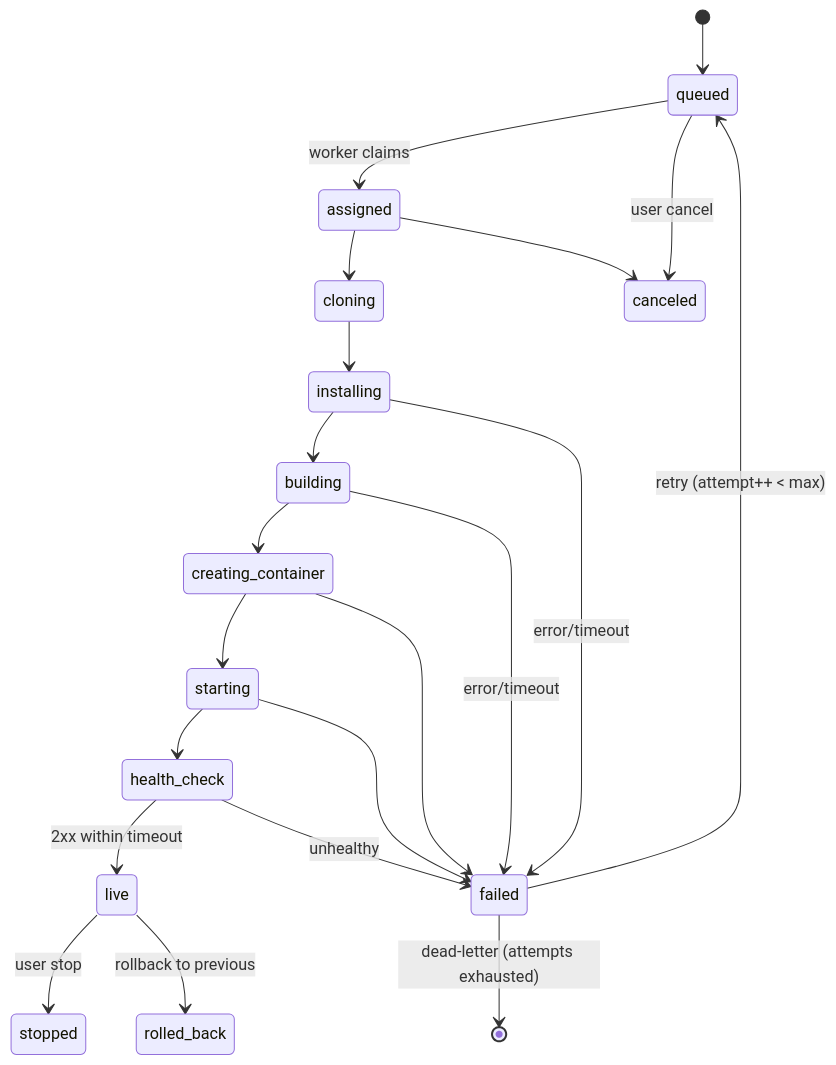
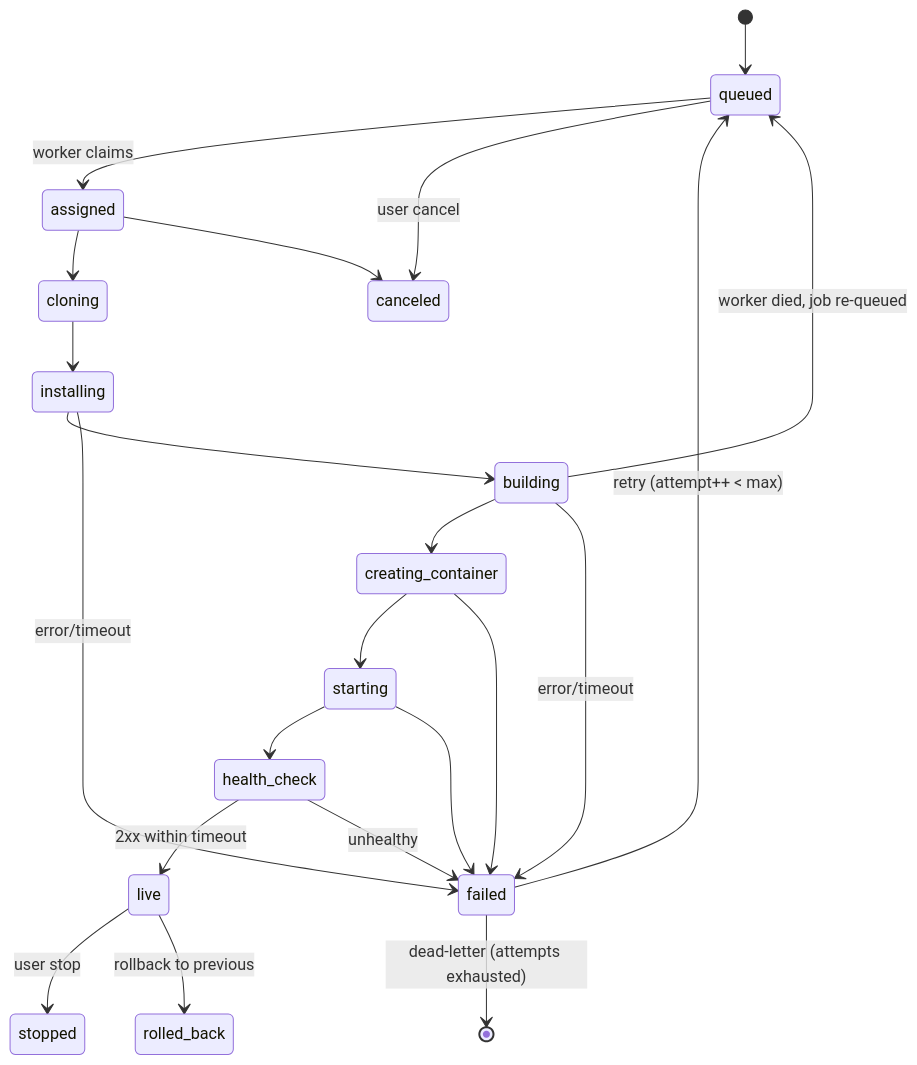
One commit to sushanka719/mini-cloud-platform changed the third of 5 diagrams in docs/ARCHITECTURE.md. Above: the diagram before and after it, drawn with Mermaid. The commit also changed other lines of this file and 134 other files, not shown here.

````diff
--- a/docs/ARCHITECTURE.md
+++ b/docs/ARCHITECTURE.md
@@ -136,23 +153,24 @@
 ```mermaid
 stateDiagram-v2
     [*] --> queued
     queued --> assigned: worker claims
     assigned --> cloning
     cloning --> installing
     installing --> building
     building --> creating_container
     creating_container --> starting
     starting --> health_check
     health_check --> live: 2xx within timeout
     health_check --> failed: unhealthy
     installing --> failed: error/timeout
     building --> failed: error/timeout
     creating_container --> failed
     starting --> failed
     failed --> queued: retry (attempt++ < max)
+    building --> queued: worker died, job re-queued
     failed --> [*]: dead-letter (attempts exhausted)
     live --> stopped: user stop
     live --> rolled_back: rollback to previous
     queued --> canceled: user cancel
     assigned --> canceled
 ```
````
